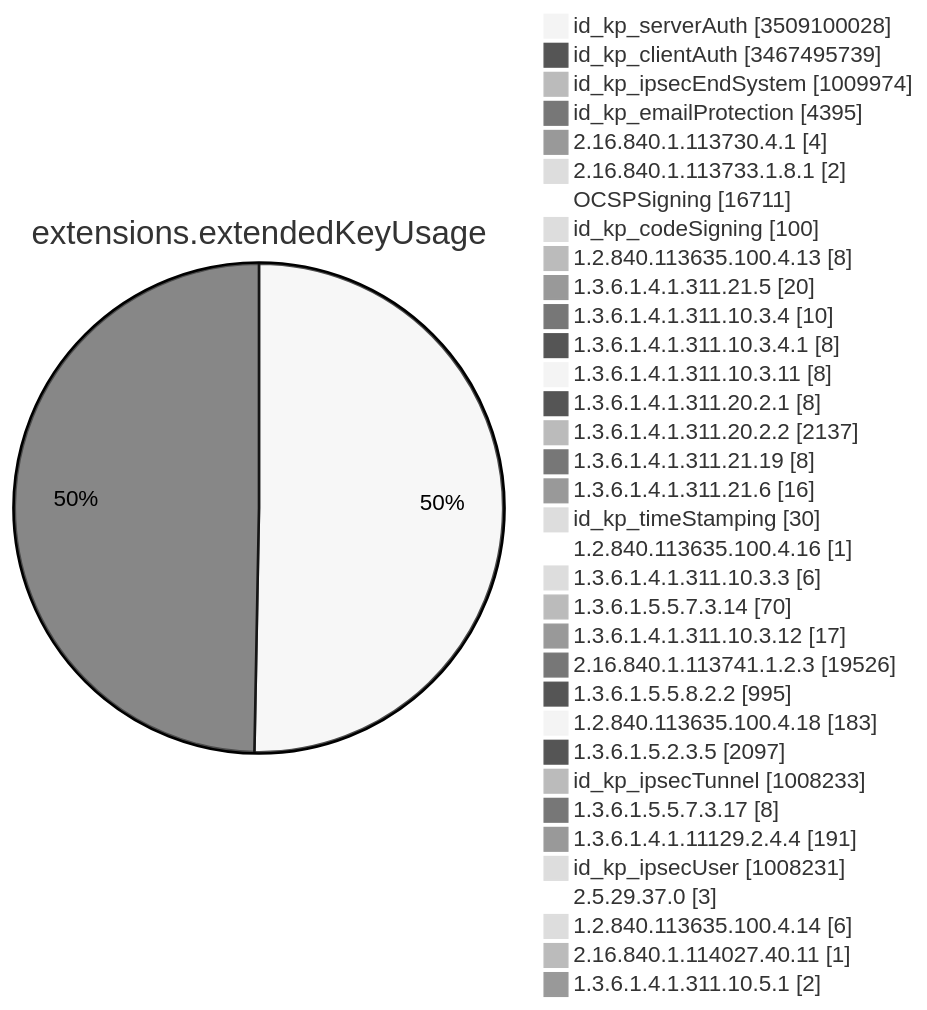
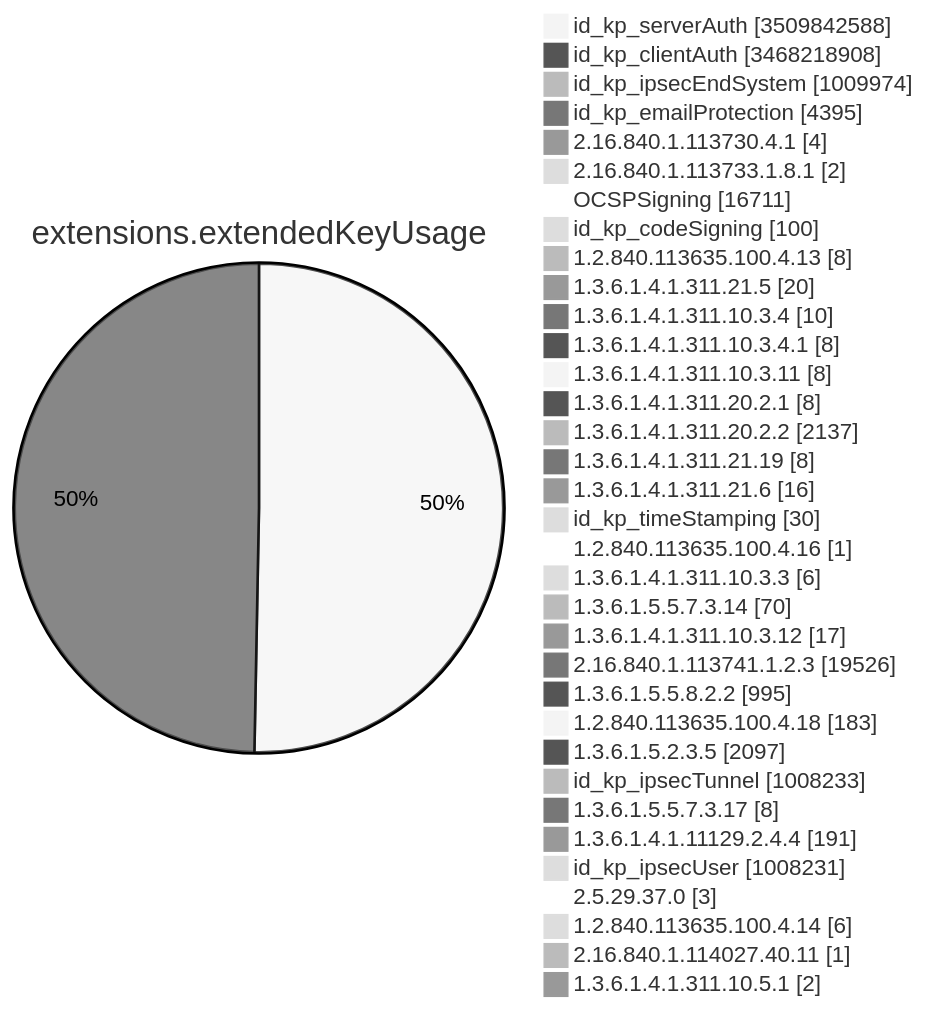
Diagram 11 of 15 in TOTAL/README.md (christiankrug/ctmonitor_visualization), drawn with Mermaid (neutral theme) before and after one commit. The commit also changed other lines of this file, not shown here.

````diff
--- a/TOTAL/README.md
+++ b/TOTAL/README.md
@@ -4126,38 +4126,38 @@
 ```mermaid
 pie showData
 title extensions.extendedKeyUsage
-"id_kp_serverAuth" :3509100028
-"id_kp_clientAuth" :3467495739
+"id_kp_serverAuth" :3509842588
+"id_kp_clientAuth" :3468218908
 "id_kp_ipsecEndSystem" :1009974
 "id_kp_emailProtection" :4395
 "2.16.840.1.113730.4.1" :4
 "2.16.840.1.113733.1.8.1" :2
 "OCSPSigning" :16711
 "id_kp_codeSigning" :100
 "1.2.840.113635.100.4.13" :8
 "1.3.6.1.4.1.311.21.5" :20
 "1.3.6.1.4.1.311.10.3.4" :10
 "1.3.6.1.4.1.311.10.3.4.1" :8
 "1.3.6.1.4.1.311.10.3.11" :8
 "1.3.6.1.4.1.311.20.2.1" :8
 "1.3.6.1.4.1.311.20.2.2" :2137
 "1.3.6.1.4.1.311.21.19" :8
 "1.3.6.1.4.1.311.21.6" :16
 "id_kp_timeStamping" :30
 "1.2.840.113635.100.4.16" :1
 "1.3.6.1.4.1.311.10.3.3" :6
 "1.3.6.1.5.5.7.3.14" :70
 "1.3.6.1.4.1.311.10.3.12" :17
 "2.16.840.1.113741.1.2.3" :19526
 "1.3.6.1.5.5.8.2.2" :995
 "1.2.840.113635.100.4.18" :183
 "1.3.6.1.5.2.3.5" :2097
 "id_kp_ipsecTunnel" :1008233
 "1.3.6.1.5.5.7.3.17" :8
 "1.3.6.1.4.1.11129.2.4.4" :191
 "id_kp_ipsecUser" :1008231
 "2.5.29.37.0" :3
 "1.2.840.113635.100.4.14" :6
 "2.16.840.1.114027.40.11" :1
 "1.3.6.1.4.1.311.10.5.1" :2
 ```
````
